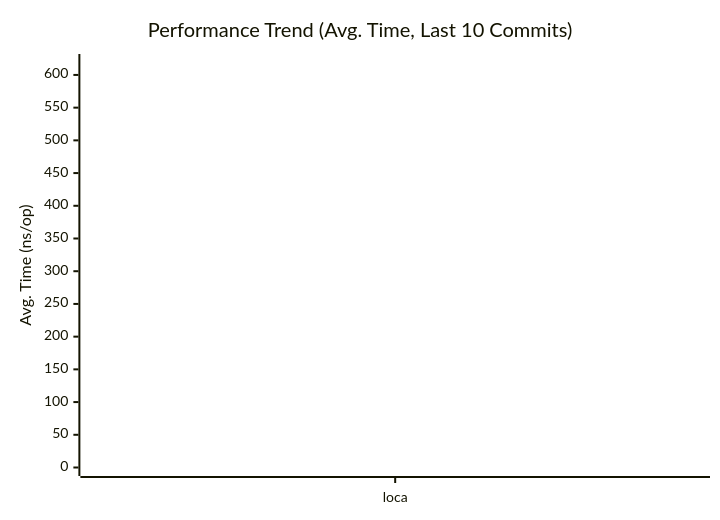
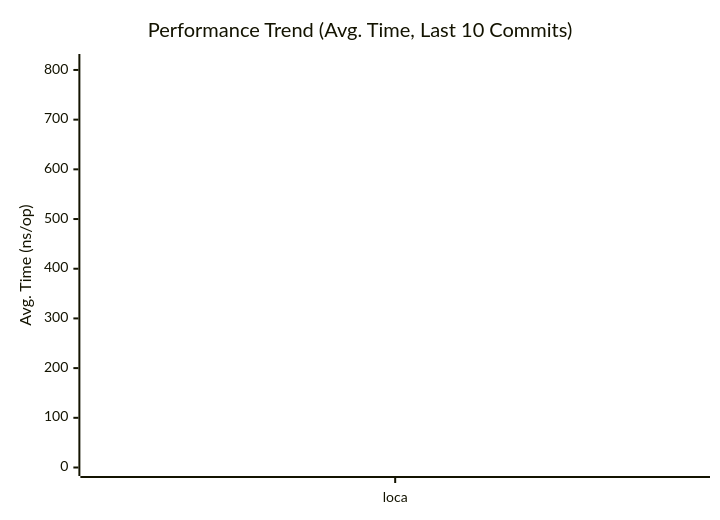
The first of 3 diagrams in docs/PERFORMANCE.md (alsotoes/momo), drawn with Mermaid before and after one commit. The commit also changed other lines of this file and 3 other files, not shown here.

````diff
--- a/docs/PERFORMANCE.md
+++ b/docs/PERFORMANCE.md
@@ -80,16 +80,16 @@
 ```mermaid
 xychart-beta
     title "Performance Trend (Avg. Time, Last 10 Commits)"
     x-axis "Commit"
     y-axis "Avg. Time (ns/op)"
     x-axis [loca]
-    line "CheckMetricsAndSwap" [6,7,14,7,6,6,7,7,6,7]
-    line "CrushOptimized" [265,295,618,264,255,245,263,280,255,304]
-    line "CrushOriginal" [399,426,831,362,367,368,359,367,362,423]
-    line "IndexDirectTracking" [0,0,1,0,0,0,0,0,0,0]
-    line "IndexSearch" [3,3,4,3,3,3,3,3,3,3]
-    line "LoadGlobalConfig" [619,815,1442,632,613,599,626,637,616,726]
-    line "PadString" [2,2,3,2,2,2,2,2,2,2]
+    line "CheckMetricsAndSwap" [7,14,7,6,6,7,7,6,7,10]
+    line "CrushOptimized" [295,618,264,255,245,263,280,255,304,290]
+    line "CrushOriginal" [426,831,362,367,368,359,367,362,423,482]
+    line "IndexDirectTracking" [0,1,0,0,0,0,0,0,0,1]
+    line "IndexSearch" [3,4,3,3,3,3,3,3,3,3]
+    line "LoadGlobalConfig" [815,1442,632,613,599,626,637,616,726,1060]
+    line "PadString" [2,3,2,2,2,2,2,2,2,2]
     line "ParseReplicationOrder_NoPrealloc" [350,349,357,354,345,225,229,165,232,234]
     line "ParseReplicationOrder_Prealloc" [229,231,237,234,229,108,107,80,110,109]
 ```
````
